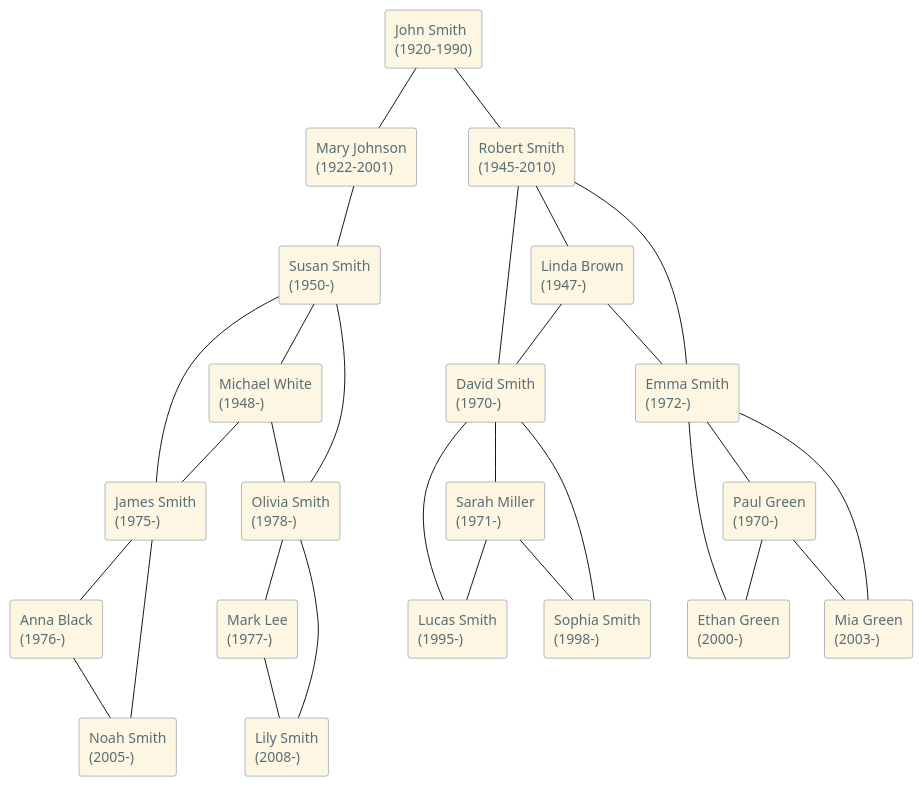
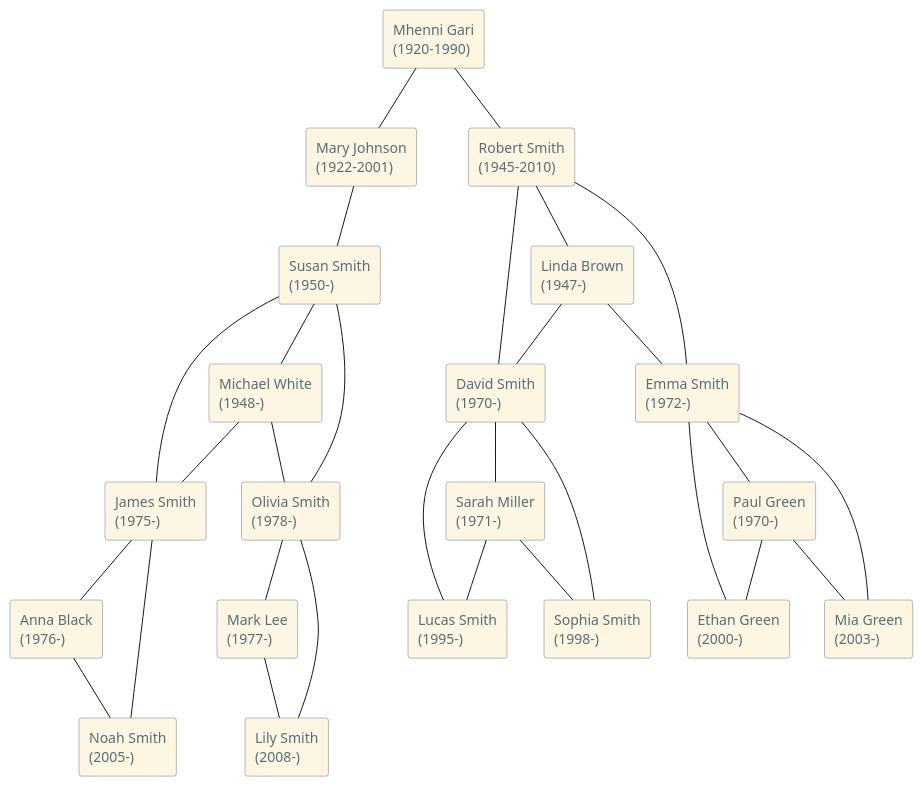
One commit to k-gari/gari-family-diagram changed the diagram in diagram.puml. Above: the diagram before and after it, drawn with PlantUML.

Commit message:
Update grandparent name in diagram

```diff
--- a/diagram.puml
+++ b/diagram.puml
@@ -1,80 +1,80 @@
 @startuml
 ' Family Arborescence Example
 
 skinparam defaultFontName Arial
 skinparam rectangle {
   BackgroundColor #FDF6E3
   BorderColor #657B83
   FontColor #586E75
 }
 
 ' Grandparents
-rectangle "John Smith\n(1920-1990)" as John
+rectangle "Mhenni Gari\n(1920-1990)" as John
 rectangle "Mary Johnson\n(1922-2001)" as Mary
 
 ' Parents
 rectangle "Robert Smith\n(1945-2010)" as Robert
 rectangle "Linda Brown\n(1947-)" as Linda
 rectangle "Susan Smith\n(1950-)" as Susan
 rectangle "Michael White\n(1948-)" as Michael
 
 ' Children
 rectangle "David Smith\n(1970-)" as David
 rectangle "Emma Smith\n(1972-)" as Emma
 rectangle "James Smith\n(1975-)" as James
 rectangle "Olivia Smith\n(1978-)" as Olivia
 
 ' Spouses of children
 rectangle "Sarah Miller\n(1971-)" as Sarah
 rectangle "Paul Green\n(1970-)" as Paul
 rectangle "Anna Black\n(1976-)" as Anna
 rectangle "Mark Lee\n(1977-)" as Mark
 
 ' Grandchildren
 rectangle "Lucas Smith\n(1995-)" as Lucas
 rectangle "Sophia Smith\n(1998-)" as Sophia
 rectangle "Ethan Green\n(2000-)" as Ethan
 rectangle "Mia Green\n(2003-)" as Mia
 rectangle "Noah Smith\n(2005-)" as Noah
 rectangle "Lily Smith\n(2008-)" as Lily
 
 ' Relationships
 John -- Mary
 John -- Robert
 Mary -- Susan
 
 Robert -- Linda
 Susan -- Michael
 
 Robert -- David
 Robert -- Emma
 Linda -- David
 Linda -- Emma
 
 Susan -- James
 Susan -- Olivia
 Michael -- James
 Michael -- Olivia
 
 David -- Sarah
 Emma -- Paul
 James -- Anna
 Olivia -- Mark
 
 David -- Lucas
 David -- Sophia
 Sarah -- Lucas
 Sarah -- Sophia
 
 Emma -- Ethan
 Emma -- Mia
 Paul -- Ethan
 Paul -- Mia
 
 James -- Noah
 Anna -- Noah
 
 Olivia -- Lily
 Mark -- Lily
 
 @enduml
```
